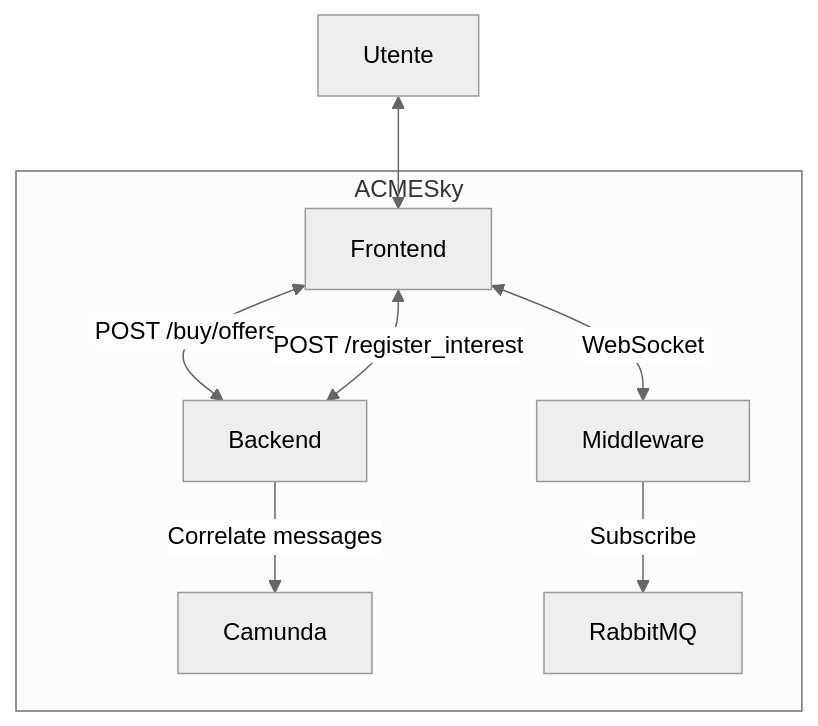
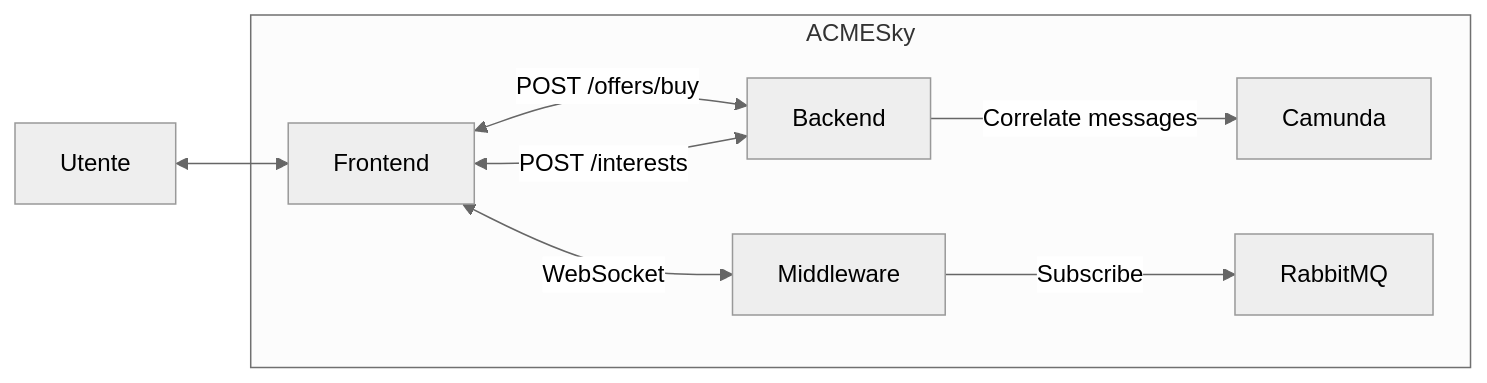
One commit to sosengers/project-documentation changed the second of 8 diagrams in docs/implementazione/acmesky.md. Above: the diagram before and after it, drawn with Mermaid (neutral theme). The commit also changed other lines of this file and 3 other files, not shown here.

````diff
--- a/docs/implementazione/acmesky.md
+++ b/docs/implementazione/acmesky.md
@@ -31,17 +31,17 @@
 ```mermaid
-graph TD
+graph LR
 BE -->|Correlate messages| C
-FE <-->|POST /buy/offers| BE
-FE <-->|POST /register_interest| BE
+FE <-->|POST /offers/buy| BE
+FE <-->|POST /interests| BE
 FE <-->|WebSocket| MW
 Utente <--> FE
 MW -->|Subscribe| R
 
 subgraph ACMESky
 C[Camunda]
 BE[Backend]
 R[RabbitMQ]
 FE[Frontend]
 MW[Middleware]
 end
 ```
````
